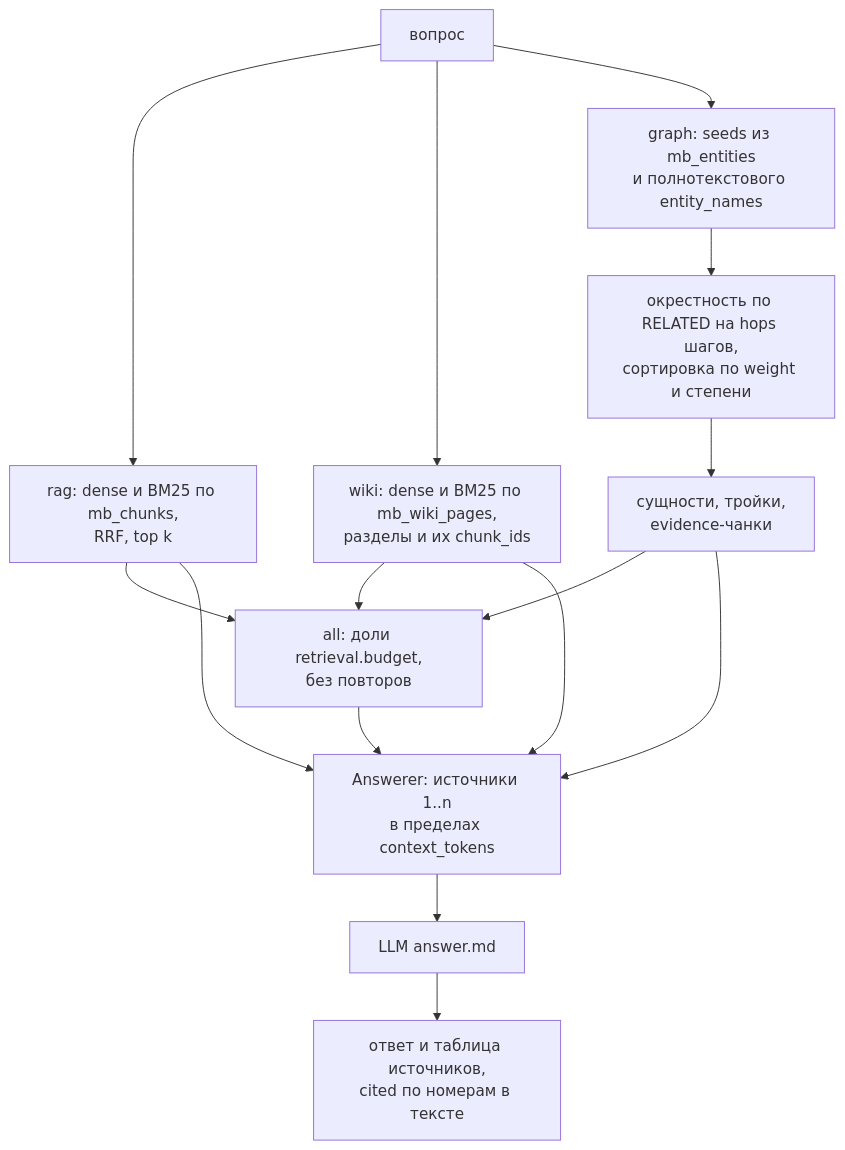
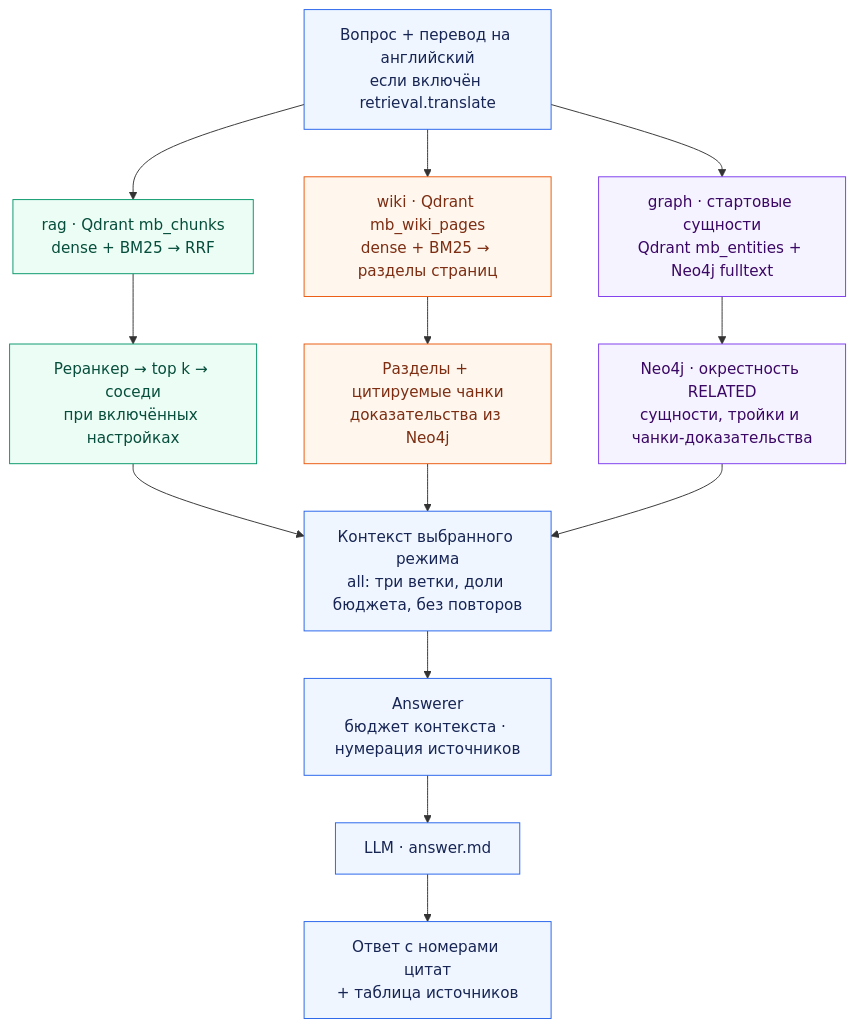
The ninth of 13 diagrams in README.md (000p1umDiesel/Atlas), drawn with Mermaid before and after one commit. The commit also changed other lines of this file and 18 other files, not shown here.

````diff
--- a/README.md
+++ b/README.md
@@ -736,17 +839,25 @@
 ```mermaid
 flowchart TD
-    Q["вопрос"] --> RAG["rag: dense и BM25 по mb_chunks,<br/>RRF, top k"]
-    Q --> WIKI["wiki: dense и BM25 по mb_wiki_pages,<br/>разделы и их chunk_ids"]
-    Q --> SEEDS["graph: seeds из mb_entities<br/>и полнотекстового entity_names"]
-    SEEDS --> HOPS["окрестность по RELATED на hops шагов,<br/>сортировка по weight и степени"]
-    HOPS --> GCTX["сущности, тройки,<br/>evidence-чанки"]
-    RAG --> ALL["all: доли retrieval.budget,<br/>без повторов"]
-    WIKI --> ALL
-    GCTX --> ALL
-    RAG --> ANS["Answerer: источники 1..n<br/>в пределах context_tokens"]
-    WIKI --> ANS
-    GCTX --> ANS
-    ALL --> ANS
-    ANS --> PROMPT["LLM answer.md"]
-    PROMPT --> OUT["ответ и таблица источников,<br/>cited по номерам в тексте"]
+    Q["Вопрос + перевод на английский<br/>если включён retrieval.translate"]
+    Q --> RAG["rag · Qdrant mb_chunks<br/>dense + BM25 → RRF"]
+    RAG --> RERANK["Реранкер → top k → соседи<br/>при включённых настройках"]
+    Q --> WIKI["wiki · Qdrant mb_wiki_pages<br/>dense + BM25 → разделы страниц"]
+    WIKI --> WCTX["Разделы + цитируемые чанки<br/>доказательства из Neo4j"]
+    Q --> SEEDS["graph · стартовые сущности<br/>Qdrant mb_entities + Neo4j fulltext"]
+    SEEDS --> HOPS["Neo4j · окрестность RELATED<br/>сущности, тройки и чанки-доказательства"]
+    RERANK --> SELECT["Контекст выбранного режима<br/>all: три ветки, доли бюджета, без повторов"]
+    WCTX --> SELECT
+    HOPS --> SELECT
+    SELECT --> ANS["Answerer<br/>бюджет контекста · нумерация источников"]
+    ANS --> PROMPT["LLM · answer.md"]
+    PROMPT --> OUT["Ответ с номерами цитат<br/>+ таблица источников"]
+
+    classDef rag fill:#ecfdf5,stroke:#059669,color:#064e3b
+    classDef wiki fill:#fff7ed,stroke:#ea580c,color:#7c2d12
+    classDef graphLayer fill:#f5f3ff,stroke:#7c3aed,color:#3b0764
+    classDef shared fill:#eff6ff,stroke:#2563eb,color:#172554
+    class RAG,RERANK rag
+    class WIKI,WCTX wiki
+    class SEEDS,HOPS graphLayer
+    class Q,SELECT,ANS,PROMPT,OUT shared
 ```
````
